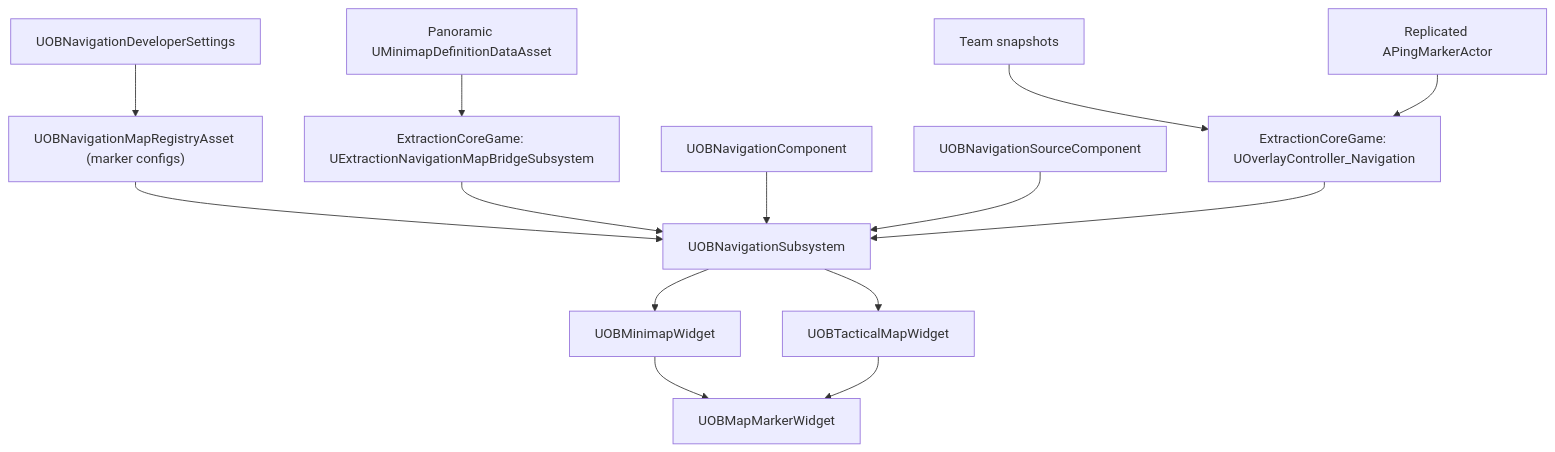
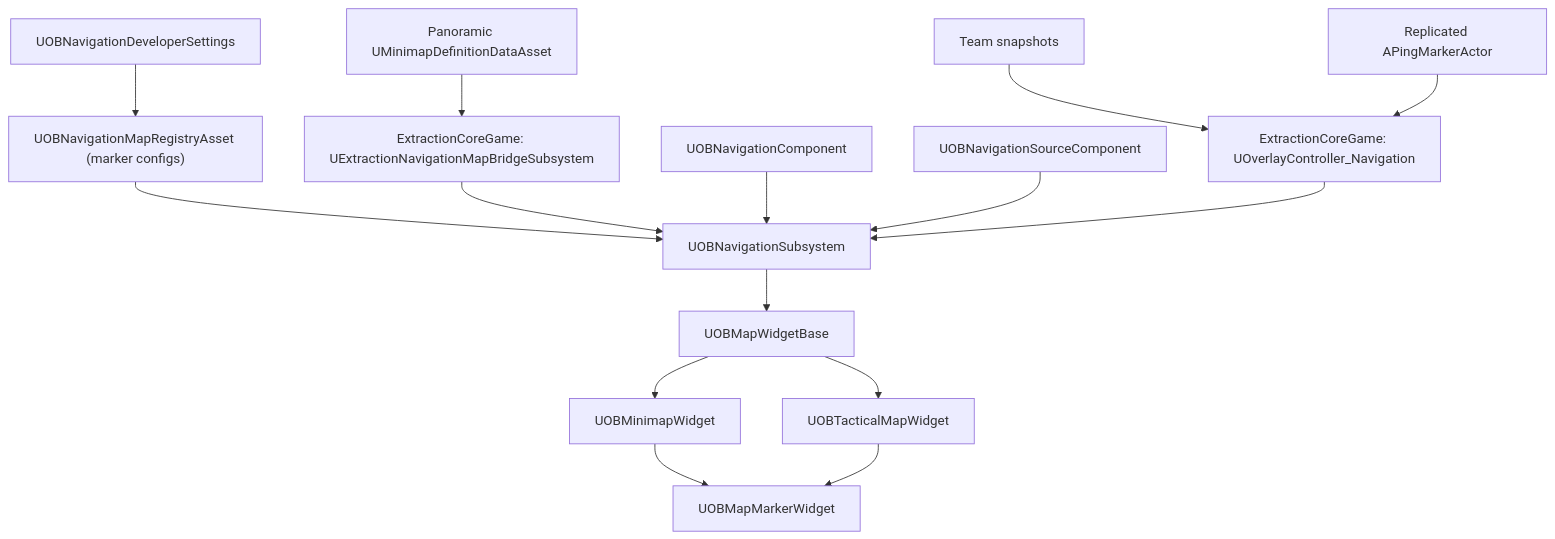
Before and after one commit to oaiba/OBNavigation: the diagram in README.md, drawn with Mermaid. The commit also changed other lines of this file and 21 other files, not shown here.

````diff
--- a/README.md
+++ b/README.md
@@ -33,30 +33,32 @@
 ```mermaid
 flowchart TD
     Registry["UOBNavigationMapRegistryAsset (marker configs)"]
     Panoramic["Panoramic UMinimapDefinitionDataAsset"]
     MapBridge["ExtractionCoreGame: UExtractionNavigationMapBridgeSubsystem"]
     Settings["UOBNavigationDeveloperSettings"]
     Subsystem["UOBNavigationSubsystem"]
     Source["UOBNavigationSourceComponent"]
     NavComp["UOBNavigationComponent"]
     Bridge["ExtractionCoreGame: UOverlayController_Navigation"]
     Team["Team snapshots"]
     Pings["Replicated APingMarkerActor"]
+    BaseWidget["UOBMapWidgetBase"]
     Minimap["UOBMinimapWidget"]
     Tactical["UOBTacticalMapWidget"]
     MarkerWidget["UOBMapMarkerWidget"]
 
     Settings --> Registry
     Registry --> Subsystem
     Panoramic --> MapBridge
     MapBridge --> Subsystem
     NavComp --> Subsystem
     Source --> Subsystem
     Team --> Bridge
     Pings --> Bridge
     Bridge --> Subsystem
-    Subsystem --> Minimap
-    Subsystem --> Tactical
+    Subsystem --> BaseWidget
+    BaseWidget --> Minimap
+    BaseWidget --> Tactical
     Minimap --> MarkerWidget
     Tactical --> MarkerWidget
 ```
````
